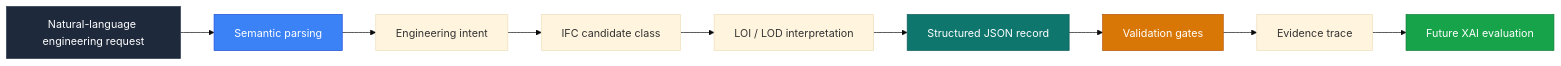
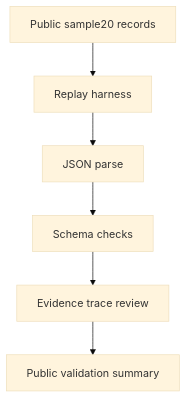
The diagram in README.md (BIMAIBlendgineer/semantic-bim-ifc-xai), drawn with Mermaid (base theme) before and after one commit. The commit also changed other lines of this file and 20 other files, not shown here.

Commit message:
docs: clarify public sample20 evidence and quickstart

````diff
--- a/README.md
+++ b/README.md
@@ -101,17 +75,8 @@
 ```mermaid
-flowchart LR
-    A[Natural-language engineering request] --> B[Semantic parsing]
-    B --> C[Engineering intent]
-    C --> D[IFC candidate class]
-    D --> E[LOI / LOD interpretation]
-    E --> F[Structured JSON record]
-    F --> G[Validation gates]
-    G --> H[Evidence trace]
-    H --> I[Future XAI evaluation]
-
-    style A fill:#1e293b,stroke:#334155,color:#fff
-    style B fill:#3b82f6,stroke:#1d4ed8,color:#fff
-    style F fill:#0f766e,stroke:#115e59,color:#fff
-    style G fill:#d97706,stroke:#b45309,color:#fff
-    style I fill:#16a34a,stroke:#15803d,color:#fff
+flowchart TD
+    A[Public sample20 records] --> B[Replay harness]
+    B --> C[JSON parse]
+    C --> D[Schema checks]
+    D --> E[Evidence trace review]
+    E --> F[Public validation summary]
 ```
````
